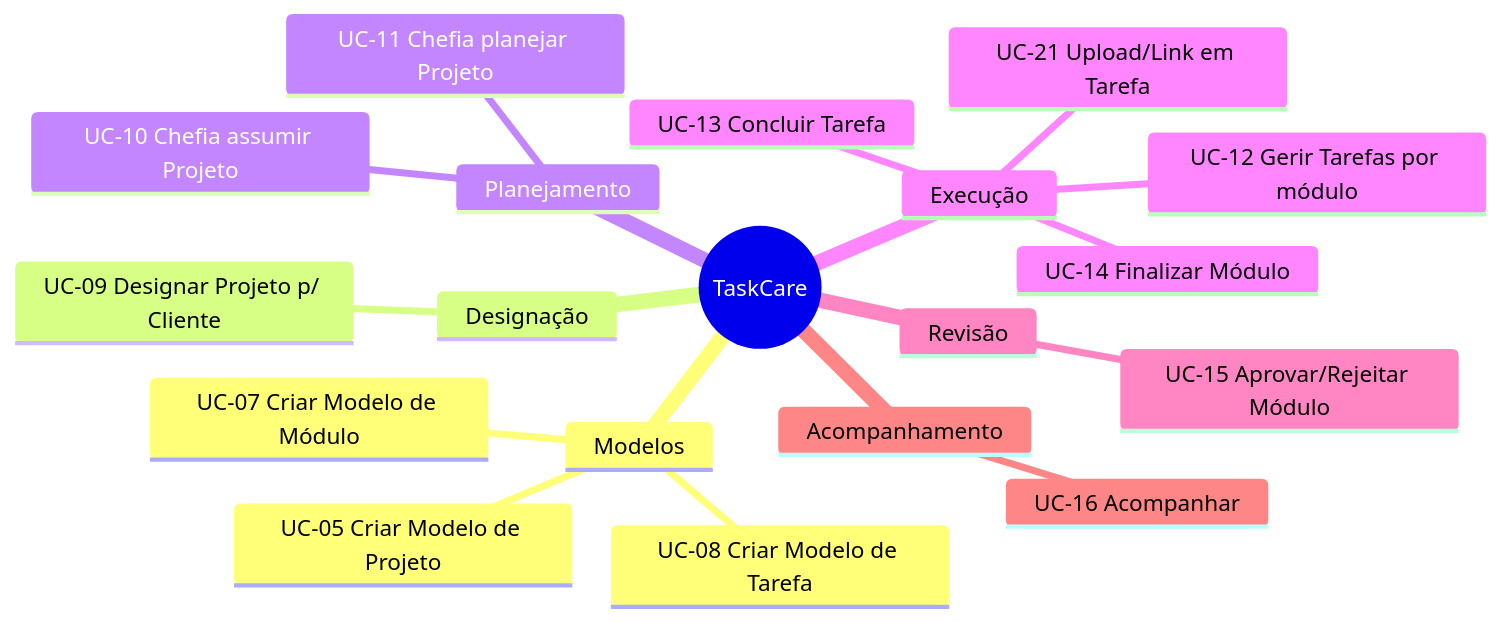
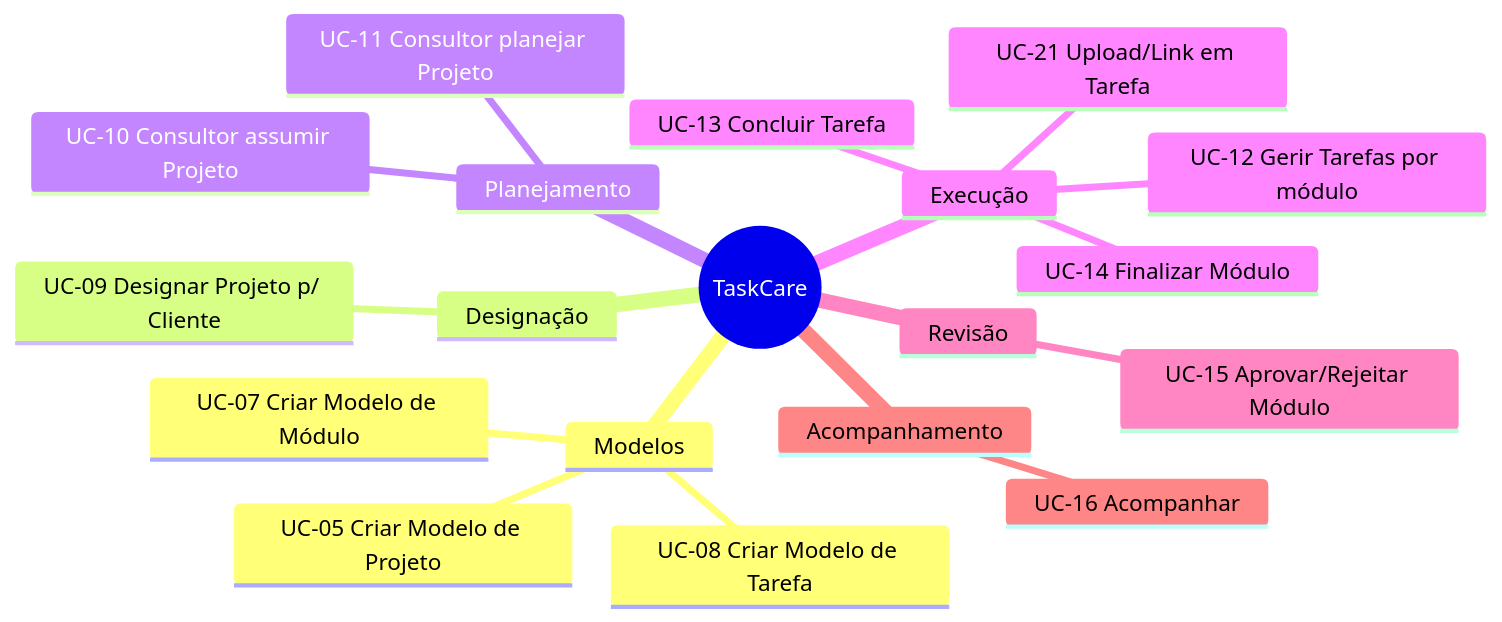
Before and after one commit to fernando-reis-guimaraes/taskcare-especificacao-uml: the fourth of 4 diagrams in README.md, drawn with Mermaid. The commit also changed other lines of this file, not shown here.

Commit message:
fix: update role references from Chef to Consultor in use case descriptions

````diff
--- a/README.md
+++ b/README.md
@@ -365,28 +365,28 @@
 ```mermaid
 
 mindmap
   root((TaskCare))
     Modelos
         UC-05 Criar Modelo de Projeto
         UC-07 Criar Modelo de Módulo
         UC-08 Criar Modelo de Tarefa
 
     Designação
         UC-09 Designar Projeto p/ Cliente
 
     Planejamento
-        UC-10 Chefia assumir Projeto
-        UC-11 Chefia planejar Projeto
+        UC-10 Consultor assumir Projeto
+        UC-11 Consultor planejar Projeto
 
     Execução
         UC-12 Gerir Tarefas por módulo
         UC-13 Concluir Tarefa
         UC-14 Finalizar Módulo
         UC-21 Upload/Link em Tarefa
 
     Revisão
         UC-15 Aprovar/Rejeitar Módulo
 
     Acompanhamento
         UC-16 Acompanhar
 ```
````
